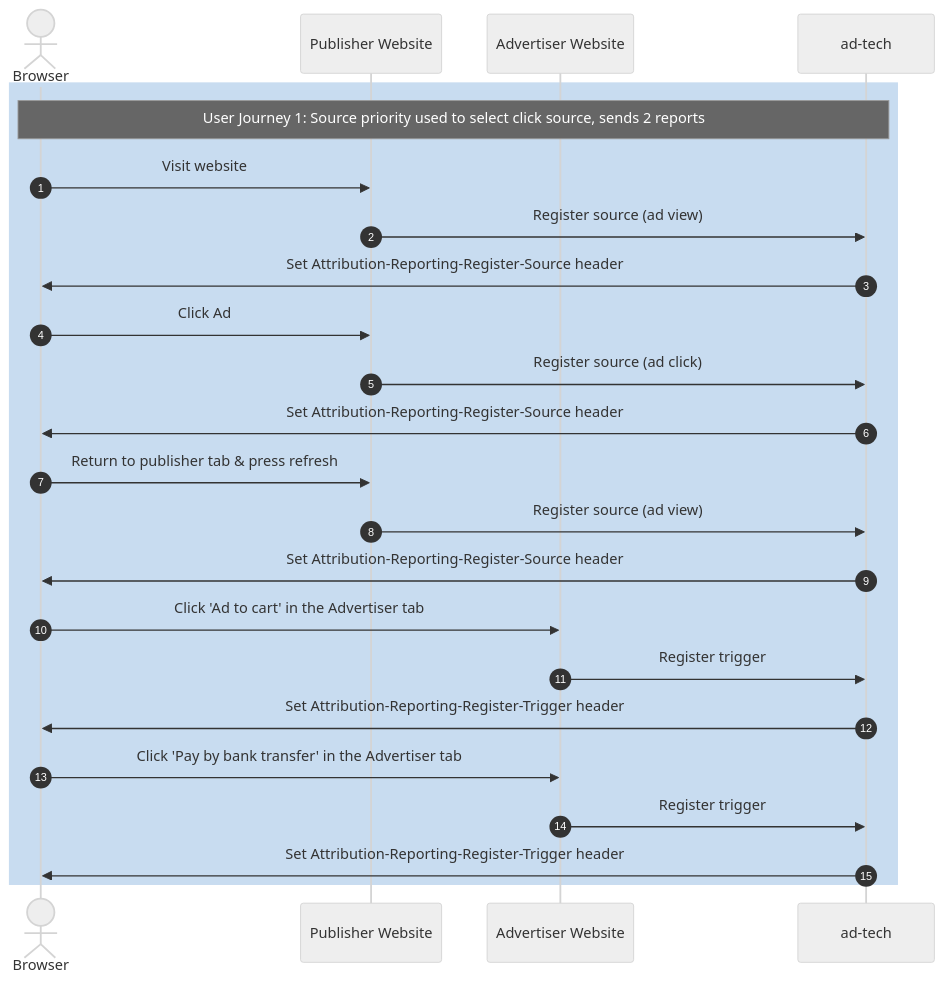
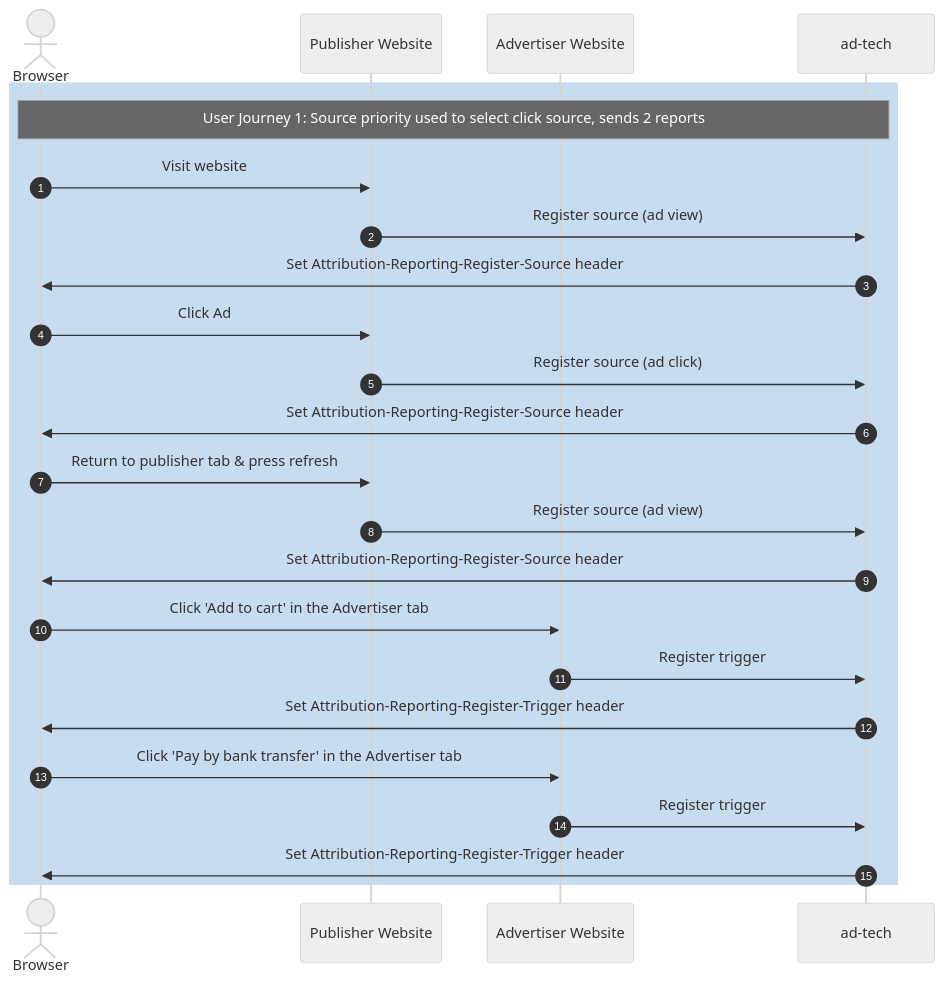
One commit to privacysandbox/privacy-sandbox-demos changed the first of 2 diagrams in services/home/docs/demos/prioritizing-sources-and-triggers-in-attribution-reporting.md. Above: the diagram before and after it, drawn with Mermaid (neutral theme).

````diff
--- a/services/home/docs/demos/prioritizing-sources-and-triggers-in-attribution-reporting.md
+++ b/services/home/docs/demos/prioritizing-sources-and-triggers-in-attribution-reporting.md
@@ -86,27 +86,27 @@
 ```mermaid
 sequenceDiagram
     autonumber
     actor B as Browser
     participant Publisher as Publisher Website
     participant Advertiser as Advertiser Website
     participant ad-tech as ad-tech
 
     rect rgb(200, 220, 240)
     Note over B,ad-tech: User Journey 1: Source priority used to select click source, sends 2 reports
     B->>Publisher: Visit website
     Publisher->>ad-tech: Register source (ad view)
     ad-tech->>B: Set Attribution-Reporting-Register-Source header
     B->>Publisher: Click Ad
     Publisher->>ad-tech: Register source (ad click)
     ad-tech->>B: Set Attribution-Reporting-Register-Source header
     B->>Publisher: Return to publisher tab & press refresh
     Publisher->>ad-tech: Register source (ad view)
     ad-tech->>B: Set Attribution-Reporting-Register-Source header
-    B->>Advertiser: Click 'Ad to cart' in the Advertiser tab
+    B->>Advertiser: Click 'Add to cart' in the Advertiser tab
     Advertiser->>ad-tech: Register trigger
     ad-tech->>B: Set Attribution-Reporting-Register-Trigger header
     B->>Advertiser: Click 'Pay by bank transfer' in the Advertiser tab
     Advertiser->>ad-tech: Register trigger
     ad-tech->>B: Set Attribution-Reporting-Register-Trigger header
     end
 ```
````
